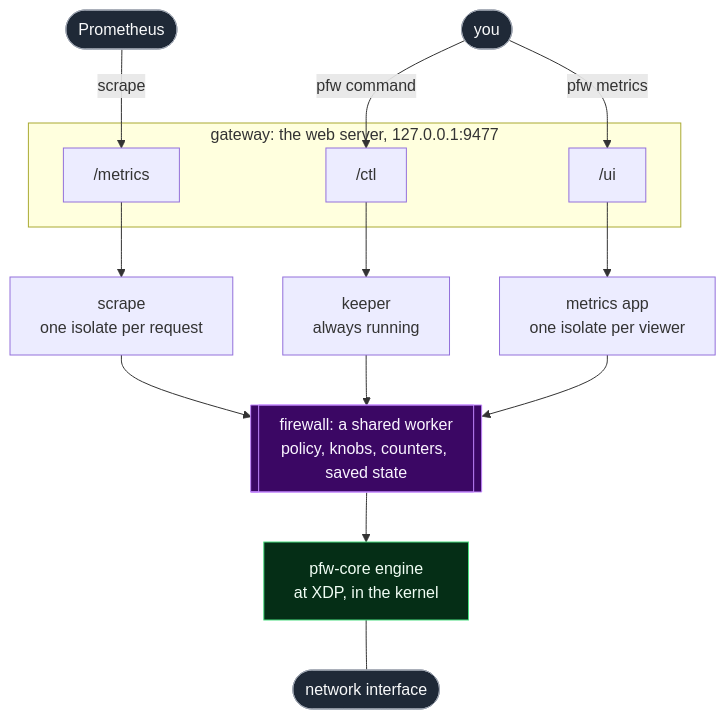
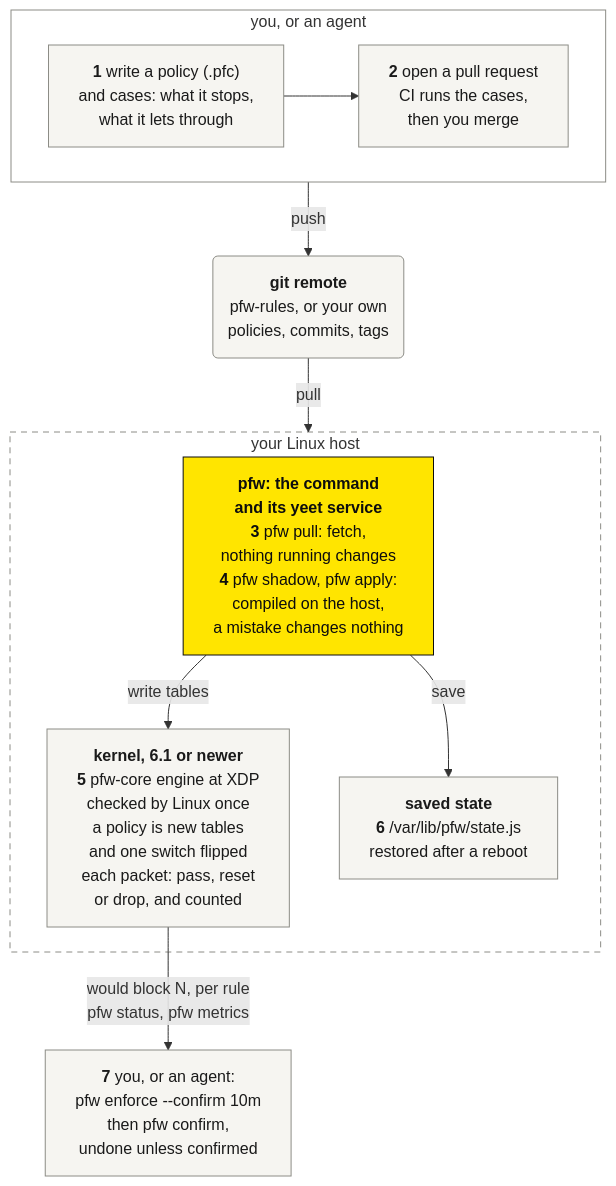
The diagram in README.md (yeet-src/pfw), drawn with Mermaid before and after one commit. The commit also changed other lines of this file and 1 other file, not shown here.

Commit message:
README: how it works, as a diagram of a policy's path, and a row for the rules [bump:patch]
The README's "How it works" drew the service's insides: the gateway, its
isolates, the shared worker. It now shows the path a policy takes, in
assets/how-it-works.mmd: written with its cases, merged into a git remote,
pulled onto the host and compiled there, run by pfw-core at XDP, saved, and
enforced on trial. The architecture diagram stays in docs/architecture.md.

The documentation table gains a row for pfw-rules, the policies there are
to begin with.

````diff
--- a/README.md
+++ b/README.md
@@ -72,31 +72,33 @@
 ```mermaid
+%%{init: {"flowchart": {"wrappingWidth": 300}}}%%
 flowchart TB
-    you(["you"]) -->|"pfw command"| ctl
-    prom(["Prometheus"]) -->|"scrape"| metrics
-    you -->|"pfw metrics"| ui
-
-    subgraph gateway["gateway: the web server, 127.0.0.1:9477"]
-        metrics["/metrics"]
-        ctl["/ctl"]
-        ui["/ui"]
+    subgraph author["you, or an agent"]
+        direction LR
+        write["<b>1</b> write a policy (.pfc)<br/>and cases: what it stops,<br/>what it lets through"]
+        pr["<b>2</b> open a pull request<br/>CI runs the cases,<br/>then you merge"]
+        write --> pr
     end
 
-    metrics --> scrape["scrape<br/>one isolate per request"]
-    ctl --> keeper["keeper<br/>always running"]
-    ui --> app["metrics app<br/>one isolate per viewer"]
+    remote("<b>git remote</b><br/>pfw-rules, or your own<br/>policies, commits, tags")
 
-    scrape --> firewall
-    keeper --> firewall
-    app --> firewall
+    subgraph host["your Linux host"]
+        pfw["<b>pfw: the command</b><br/><b>and its yeet service</b><br/><b>3</b> pfw pull: fetch,<br/>nothing running changes<br/><b>4</b> pfw shadow, pfw apply:<br/>compiled on the host,<br/>a mistake changes nothing"]
+        kernel["<b>kernel, 6.1 or newer</b><br/><b>5</b> pfw-core engine at XDP<br/>checked by Linux once<br/>a policy is new tables<br/>and one switch flipped<br/>each packet: pass, reset<br/>or drop, and counted"]
+        state["<b>saved state</b><br/><b>6</b> /var/lib/pfw/state.js<br/>restored after a reboot"]
+        pfw -->|"write tables"| kernel
+        pfw -->|"save"| state
+    end
 
-    firewall[["firewall: a shared worker<br/>policy, knobs, counters, saved state"]]
-    firewall --> engine["pfw-core engine<br/>at XDP, in the kernel"]
-    engine --- nic(["network interface"])
+    trial["<b>7</b> you, or an agent:<br/>pfw enforce --confirm 10m<br/>then pfw confirm,<br/>undone unless confirmed"]
 
-    classDef outside fill:#1f2937,stroke:#9ca3af,color:#f9fafb
-    classDef one fill:#3b0764,stroke:#c084fc,color:#faf5ff
-    classDef kernel fill:#052e16,stroke:#4ade80,color:#f0fdf4
-    class you,prom,nic outside
-    class firewall one
-    class engine kernel
+    author -->|"push"| remote
+    remote -->|"pull"| host
+    kernel -->|"would block N, per rule<br/>pfw status, pfw metrics"| trial
+
+    classDef step fill:#f6f5f1,stroke:#8c8c86,color:#1a1a1a
+    classDef yeet fill:#ffe500,stroke:#0d0d0d,color:#0d0d0d
+    class write,pr,remote,kernel,state,trial step
+    class pfw yeet
+    style author fill:none,stroke:#8c8c86
+    style host fill:none,stroke:#8c8c86,stroke-dasharray:6 5
 ```
````
